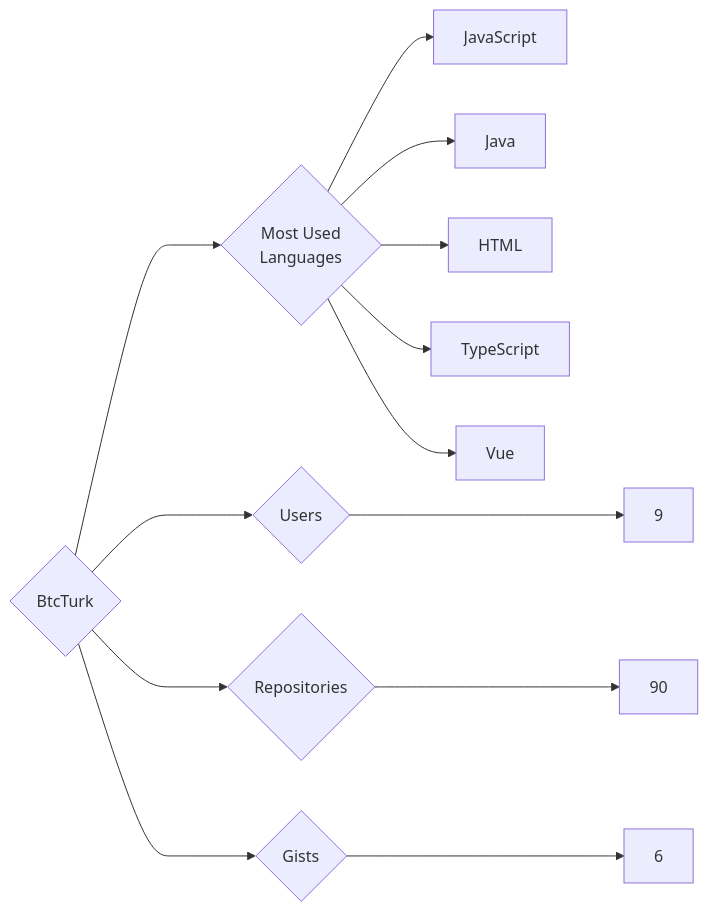
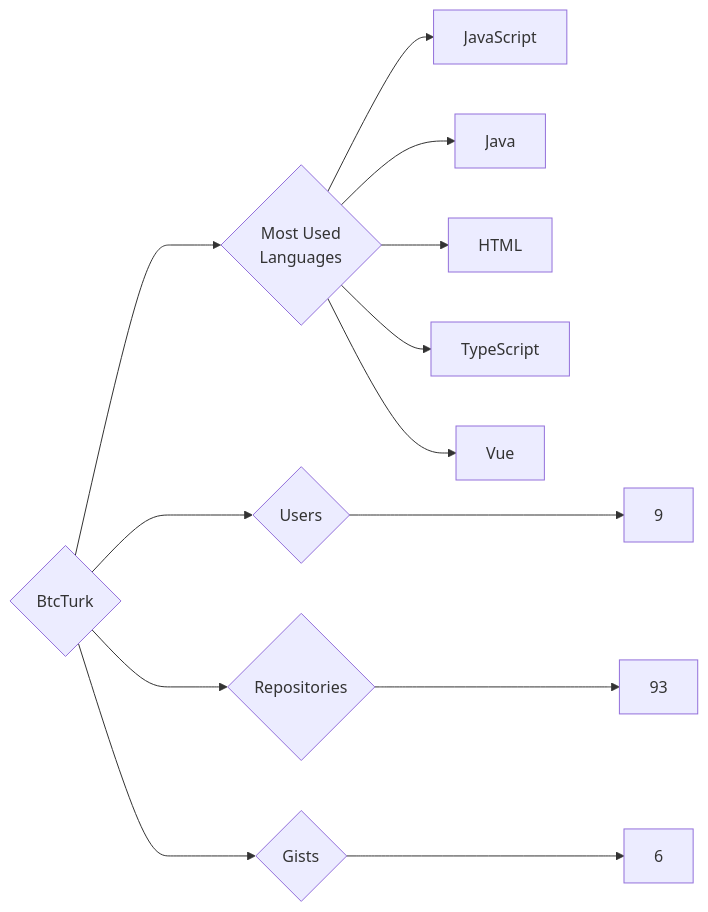
The diagram in targets/BtcTurk/README.md (trickest/insiders), drawn with Mermaid before and after one commit. The commit also changed 1123 other files, not shown here.

````diff
--- a/targets/BtcTurk/README.md
+++ b/targets/BtcTurk/README.md
@@ -3,13 +3,13 @@
 ```mermaid
 graph LR
 COMPANY_NAME{BtcTurk}
 COMPANY_NAME ---> U{Users} ---> UN[9]
-COMPANY_NAME ---> R{Repositories} ---> RN[90]
+COMPANY_NAME ---> R{Repositories} ---> RN[93]
 COMPANY_NAME ---> G{Gists} ---> GN[6]
 COMPANY_NAME ---> ML{Most Used<br>Languages}
 ML --> JavaScript[JavaScript]
 ML --> Java[Java]
 ML --> HTML[HTML]
 ML --> TypeScript[TypeScript]
 ML --> Vue[Vue]
 ```
````
